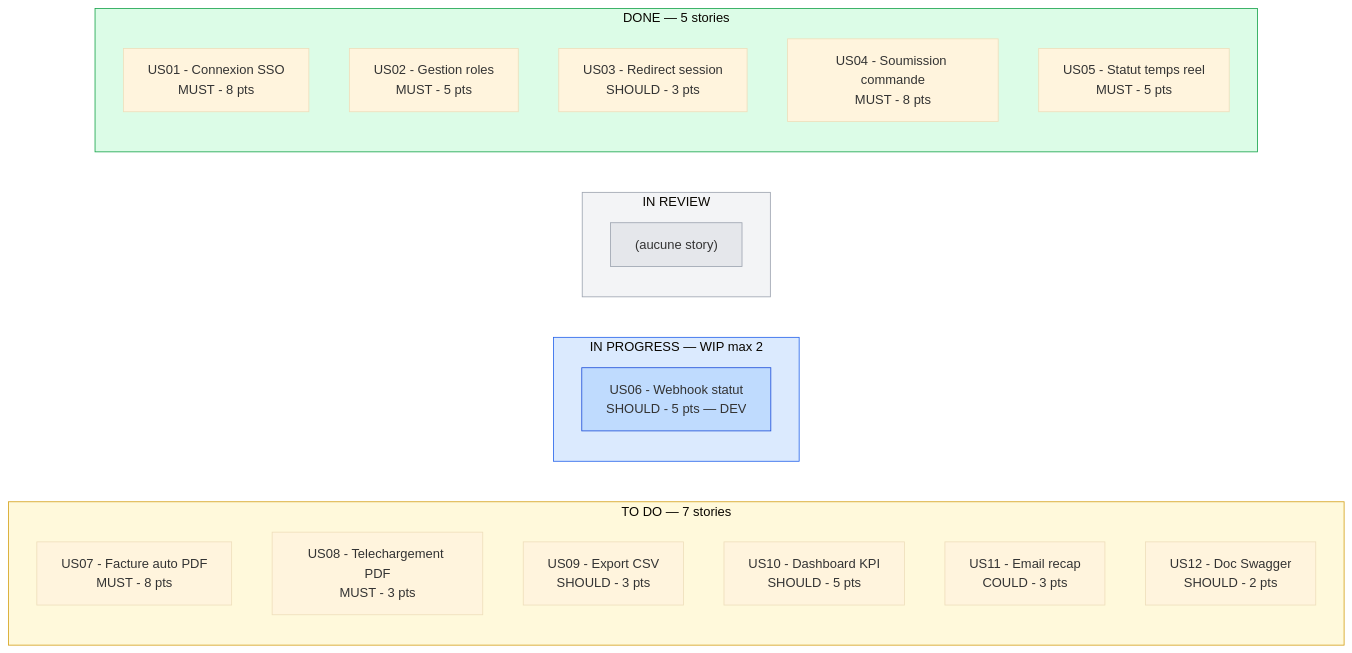
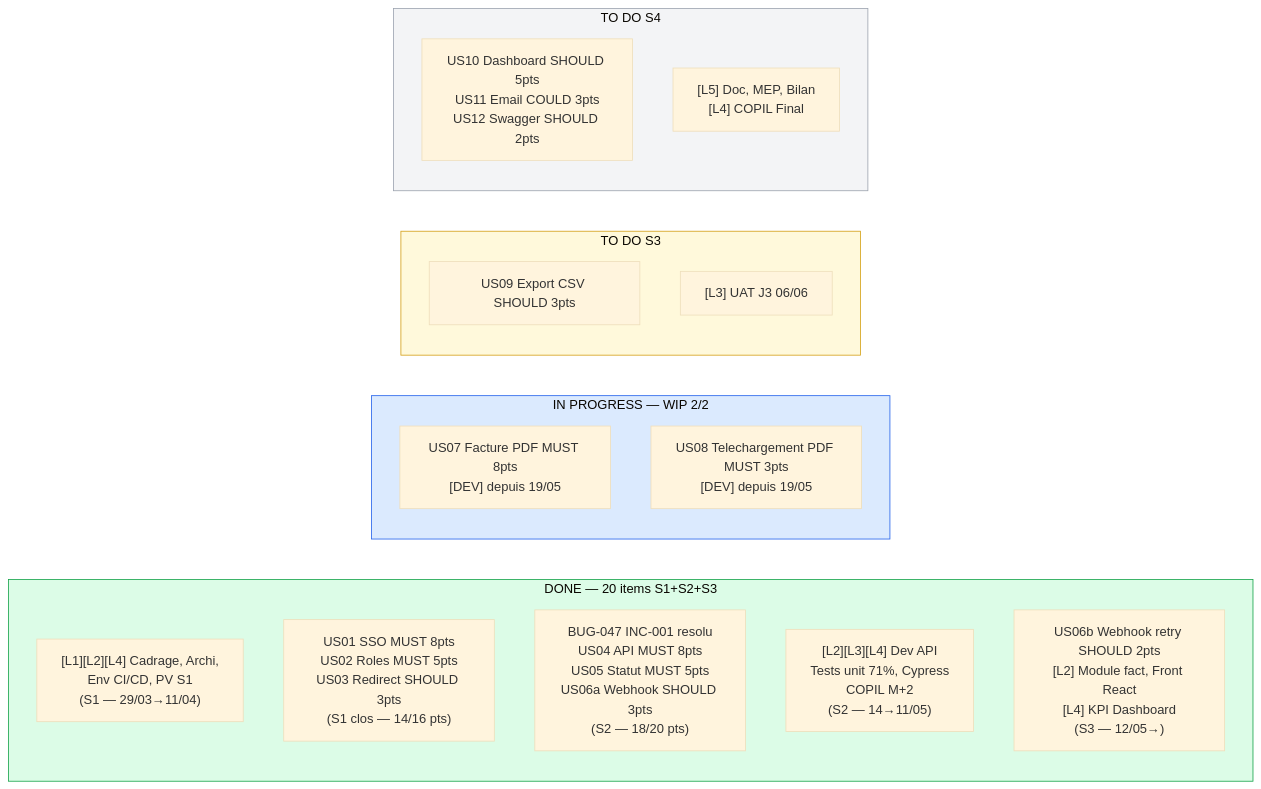
Before and after one commit to POWLAIR/management-projet-numerique: the sixth of 12 diagrams in docs md/Dossier_Projet_B2B_FINAL.md, drawn with Mermaid (base theme). The commit also changed other lines of this file, not shown here.

Commit message:
docs: add client feedback note and update user stories with new entries for webhook and billing features

````diff
--- a/docs md/Dossier_Projet_B2B_FINAL.md
+++ b/docs md/Dossier_Projet_B2B_FINAL.md
@@ -543,35 +596,31 @@
 ```mermaid
 flowchart LR
-    subgraph TODO["TO DO — 7 stories"]
+    subgraph DONE["DONE — 20 items S1+S2+S3"]
         direction TB
-        US07["US07 - Facture auto PDF\nMUST - 8 pts"]
-        US08["US08 - Telechargement PDF\nMUST - 3 pts"]
-        US09["US09 - Export CSV\nSHOULD - 3 pts"]
-        US10["US10 - Dashboard KPI\nSHOULD - 5 pts"]
-        US11["US11 - Email recap\nCOULD - 3 pts"]
-        US12["US12 - Doc Swagger\nSHOULD - 2 pts"]
+        D1["[L1][L2][L4] Cadrage, Archi,\nEnv CI/CD, PV S1\n(S1 — 29/03→11/04)"]
+        D2["US01 SSO MUST 8pts\nUS02 Roles MUST 5pts\nUS03 Redirect SHOULD 3pts\n(S1 clos — 14/16 pts)"]
+        D3["BUG-047 INC-001 resolu\nUS04 API MUST 8pts\nUS05 Statut MUST 5pts\nUS06a Webhook SHOULD 3pts\n(S2 — 18/20 pts)"]
+        D4["[L2][L3][L4] Dev API\nTests unit 71%, Cypress\nCOPIL M+2\n(S2 — 14→11/05)"]
+        D5["US06b Webhook retry SHOULD 2pts\n[L2] Module fact, Front React\n[L4] KPI Dashboard\n(S3 — 12/05→)"]
     end
-    subgraph WIP["IN PROGRESS — WIP max 2"]
+    subgraph WIP["IN PROGRESS — WIP 2/2"]
         direction TB
-        US06["US06 - Webhook statut\nSHOULD - 5 pts — DEV"]
+        W1["US07 Facture PDF MUST 8pts\n[DEV] depuis 19/05"]
+        W2["US08 Telechargement PDF MUST 3pts\n[DEV] depuis 19/05"]
     end
-    subgraph REVIEW["IN REVIEW"]
+    subgraph TODO_S3["TO DO S3"]
         direction TB
-        NONE["(aucune story)"]
+        T1["US09 Export CSV SHOULD 3pts"]
+        T2["[L3] UAT J3 06/06"]
     end
-    subgraph DONE["DONE — 5 stories"]
+    subgraph TODO_S4["TO DO S4"]
         direction TB
-        US01["US01 - Connexion SSO\nMUST - 8 pts"]
-        US02["US02 - Gestion roles\nMUST - 5 pts"]
-        US03["US03 - Redirect session\nSHOULD - 3 pts"]
-        US04["US04 - Soumission commande\nMUST - 8 pts"]
-        US05["US05 - Statut temps reel\nMUST - 5 pts"]
+        T3["US10 Dashboard SHOULD 5pts\nUS11 Email COULD 3pts\nUS12 Swagger SHOULD 2pts"]
+        T4["[L5] Doc, MEP, Bilan\n[L4] COPIL Final"]
     end
 
-    style TODO fill:#fff9db,stroke:#d4a017
+    style DONE fill:#dcfce7,stroke:#16a34a
     style WIP fill:#dbeafe,stroke:#2563eb
-    style REVIEW fill:#f3f4f6,stroke:#9ca3af
-    style DONE fill:#dcfce7,stroke:#16a34a
-    style US06 fill:#bfdbfe,stroke:#1d4ed8
-    style NONE fill:#e5e7eb,stroke:#9ca3af
+    style TODO_S3 fill:#fff9db,stroke:#d4a017
+    style TODO_S4 fill:#f3f4f6,stroke:#9ca3af
 ```
````
